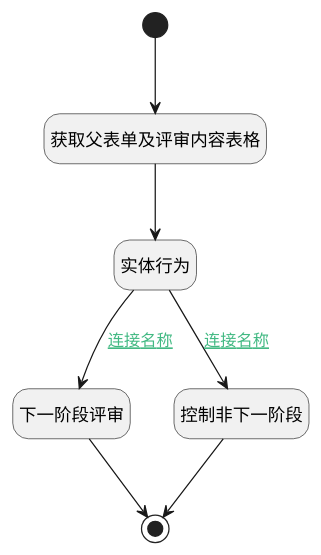
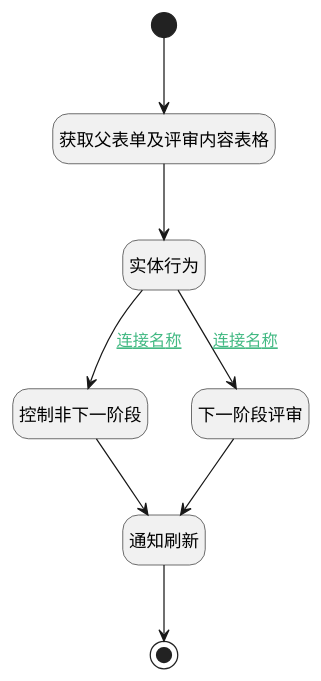
Before and after one commit to iBizLab/plm: the diagram in doc/docsify/module/TestMgmt/review_result/uilogic/pass.md, drawn with PlantUML. The commit also changed other lines of this file and 1276 other files, not shown here.

````diff
--- a/doc/docsify/module/TestMgmt/review_result/uilogic/pass.md
+++ b/doc/docsify/module/TestMgmt/review_result/uilogic/pass.md
@@ -7,28 +7,30 @@
 ```plantuml
 @startuml
 hide footbox
 <style>
 root {
   HyperlinkColor #42b983
 }
 </style>
 
 hide empty description
 state "开始" as Begin <<start>> [[$./pass#begin {开始}]]
+state "控制非下一阶段" as RAWJSCODE3  [[$./pass#rawjscode3 {控制非下一阶段}]]
 state "下一阶段评审" as RAWJSCODE2  [[$./pass#rawjscode2 {下一阶段评审}]]
+state "结束" as END1 <<end>> [[$./pass#end1 {结束}]]
 state "实体行为" as DEACTION1  [[$./pass#deaction1 {实体行为}]]
 state "获取父表单及评审内容表格" as PREPAREJSPARAM1  [[$./pass#preparejsparam1 {获取父表单及评审内容表格}]]
-state "结束" as END1 <<end>> [[$./pass#end1 {结束}]]
-state "控制非下一阶段" as RAWJSCODE3  [[$./pass#rawjscode3 {控制非下一阶段}]]
+state "通知刷新" as RAWJSCODE4  [[$./pass#rawjscode4 {通知刷新}]]
 
 
 Begin --> PREPAREJSPARAM1
 PREPAREJSPARAM1 --> DEACTION1
 DEACTION1 --> RAWJSCODE2 : [[$./pass#deaction1-rawjscode2{连接名称} 连接名称]]
-RAWJSCODE2 --> END1
+RAWJSCODE2 --> RAWJSCODE4
+RAWJSCODE4 --> END1
 DEACTION1 --> RAWJSCODE3 : [[$./pass#deaction1-rawjscode3{连接名称} 连接名称]]
-RAWJSCODE3 --> END1
+RAWJSCODE3 --> RAWJSCODE4
 
 
 @enduml
 ```
````
